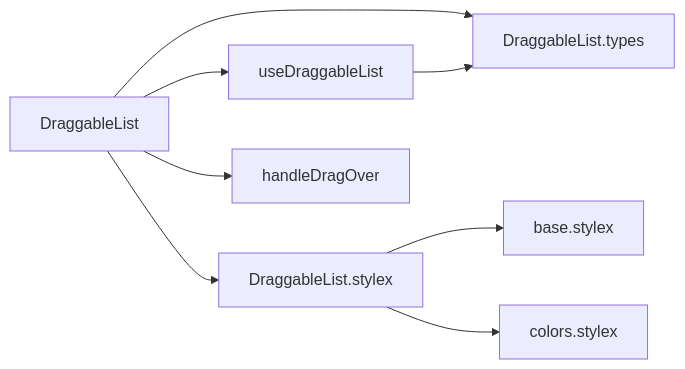
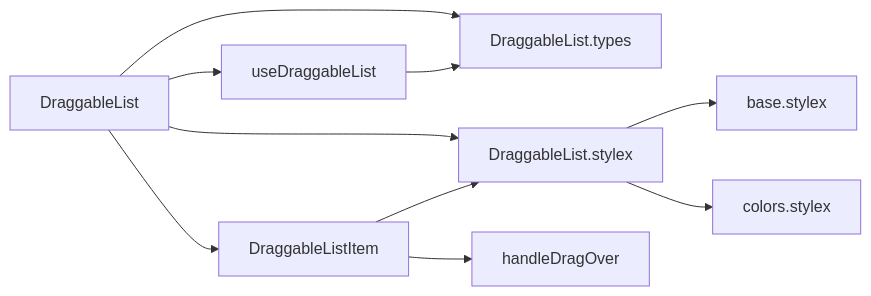
One commit to luciocabrera/lcabrera-stack changed the first of 3 diagrams in packages/ui/src/components/DraggableList/ARCHITECTURE.md. Above: the diagram before and after it, drawn with Mermaid. The commit also changed other lines of this file and 4 other files, not shown here.

First line of the commit message:
refactor(ui): extract DraggableListItem delegate (phase 4.4)

````diff
--- a/packages/ui/src/components/DraggableList/ARCHITECTURE.md
+++ b/packages/ui/src/components/DraggableList/ARCHITECTURE.md
@@ -23,12 +28,15 @@
 ```mermaid
 graph LR
   DraggableList --> DraggableList.types
   DraggableList --> DraggableList.stylex
   DraggableList --> useDraggableList
-  DraggableList --> handleDragOver
+  DraggableList --> DraggableListItem
+
+  DraggableListItem --> DraggableList.stylex
+  DraggableListItem --> handleDragOver
 
   useDraggableList --> DraggableList.types
 
   DraggableList.stylex --> base.stylex
   DraggableList.stylex --> colors.stylex
 ```
````
